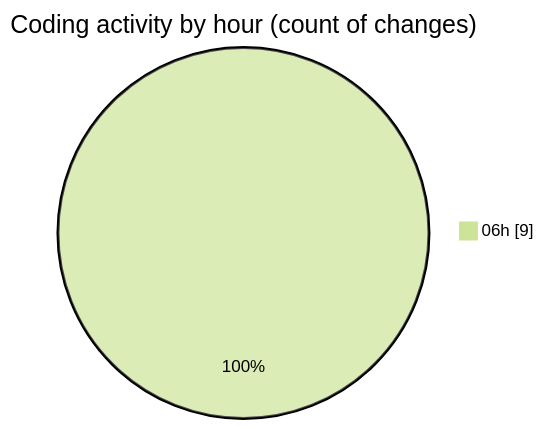
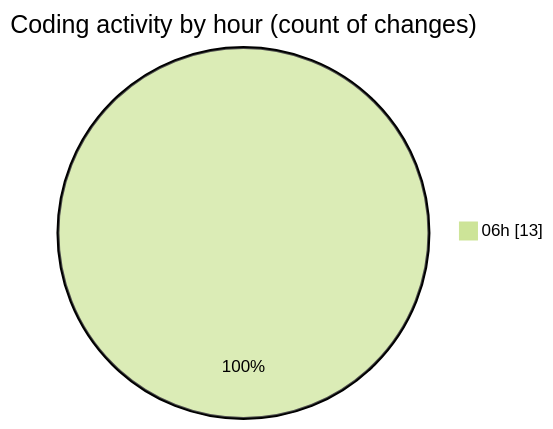
The second of 2 diagrams in 2025-07-17/projeto_sistema/README.md (FelipKnott/code-tracking), drawn with Mermaid (forest theme) before and after one commit. The commit also changed other lines of this file and 1 other file, not shown here.

````diff
--- a/2025-07-17/projeto_sistema/README.md
+++ b/2025-07-17/projeto_sistema/README.md
@@ -32,5 +33,5 @@
 ```mermaid
 pie showData
 title Coding activity by hour (count of changes)
-"06h" : 9
+"06h" : 13
 ```
````
